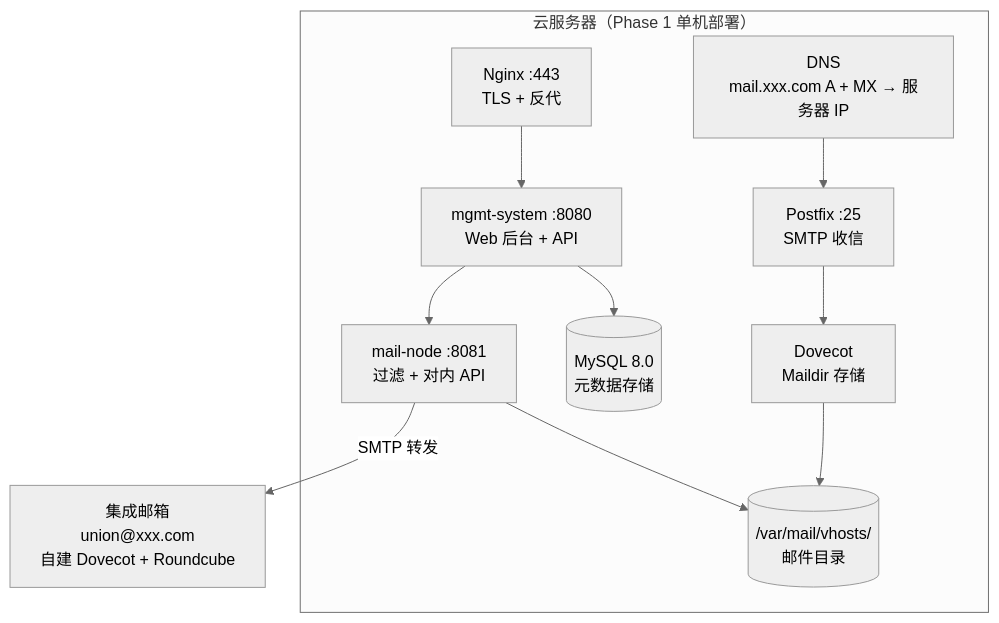
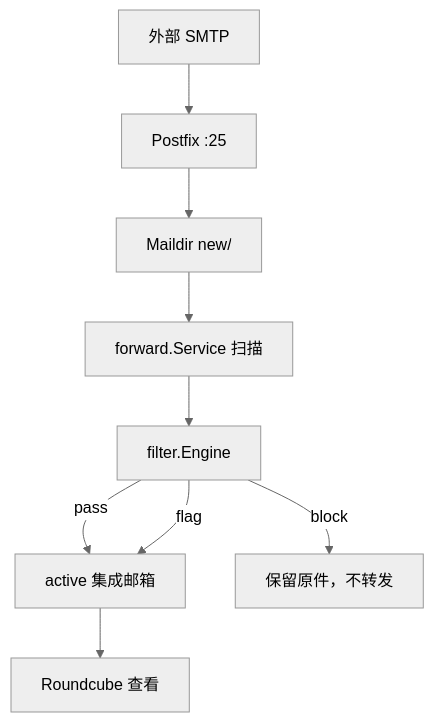
One commit to snowflake-yezi/MailHub changed the third of 4 diagrams in docs/design/technical-implementation.md. Above: the diagram before and after it, drawn with Mermaid (neutral theme). The commit also changed other lines of this file and 6 other files, not shown here.

````diff
--- a/docs/design/technical-implementation.md
+++ b/docs/design/technical-implementation.md
@@ -237,23 +149,11 @@
 ```mermaid
 flowchart TB
-    subgraph vm["云服务器（Phase 1 单机部署）"]
-        mysql[("MySQL 8.0<br/>元数据存储")]
-        mgmt["mgmt-system :8080<br/>Web 后台 + API"]
-        nginx["Nginx :443<br/>TLS + 反代"]
-        node["mail-node :8081<br/>过滤 + 对内 API"]
-        postfix["Postfix :25<br/>SMTP 收信"]
-        dovecot["Dovecot<br/>Maildir 存储"]
-        maildir[("/var/mail/vhosts/<br/>邮件目录")]
-        dns["DNS<br/>mail.xxx.com A + MX → 服务器 IP"]
-    end
-
-    union["集成邮箱<br/>union@xxx.com<br/>自建 Dovecot + Roundcube"]
-
-    nginx --> mgmt
-    mgmt --> mysql
-    mgmt --> node
-    postfix --> dovecot --> maildir
-    node --> maildir
-    node -->|"SMTP 转发"| union
-    dns --> postfix
+    smtp["外部 SMTP"] --> postfix["Postfix :25"]
+    postfix --> maildir["Maildir new/"]
+    maildir --> scanner["forward.Service 扫描"]
+    scanner --> filter["filter.Engine"]
+    filter -->|"pass"| union["active 集成邮箱"]
+    filter -->|"flag"| union
+    filter -->|"block"| keep["保留原件，不转发"]
+    union --> roundcube["Roundcube 查看"]
 ```
````
